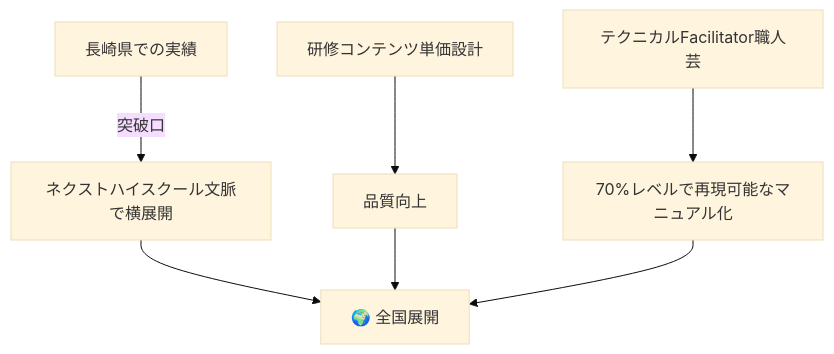
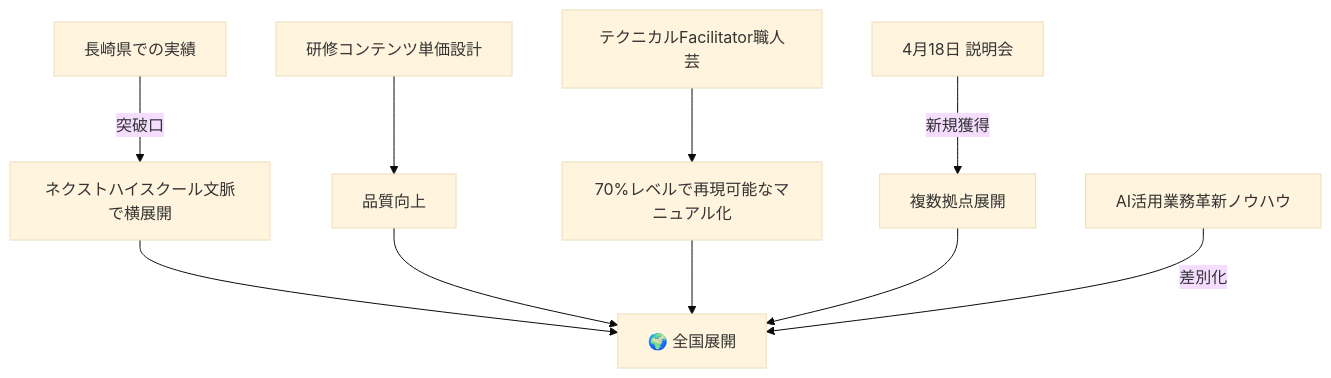
Before and after one commit to VOMOYA/planetary-learning-mtg-reports: the eighth of 8 diagrams in プラネタリーラーニング_運営MTG_20260326.md, drawn with Mermaid (base theme). The commit also changed other lines of this file, not shown here.

````diff
--- a/プラネタリーラーニング_運営MTG_20260326.md
+++ b/プラネタリーラーニング_運営MTG_20260326.md
@@ -160,9 +298,12 @@
 ```mermaid
 flowchart TD
     A[長崎県での実績] -->|突破口| B[ネクストハイスクール文脈で横展開]
     C[研修コンテンツ単価設計] --> D[品質向上]
     E[テクニカルFacilitator職人芸] --> F[70%レベルで再現可能なマニュアル化]
-    B --> G[🌍 全国展開]
-    D --> G
-    F --> G
+    G[4月18日 説明会] -->|新規獲得| H[複数拠点展開]
+    B --> I[🌍 全国展開]
+    D --> I
+    F --> I
+    H --> I
+    J[AI活用業務革新ノウハウ] -->|差別化| I
 ```
````
